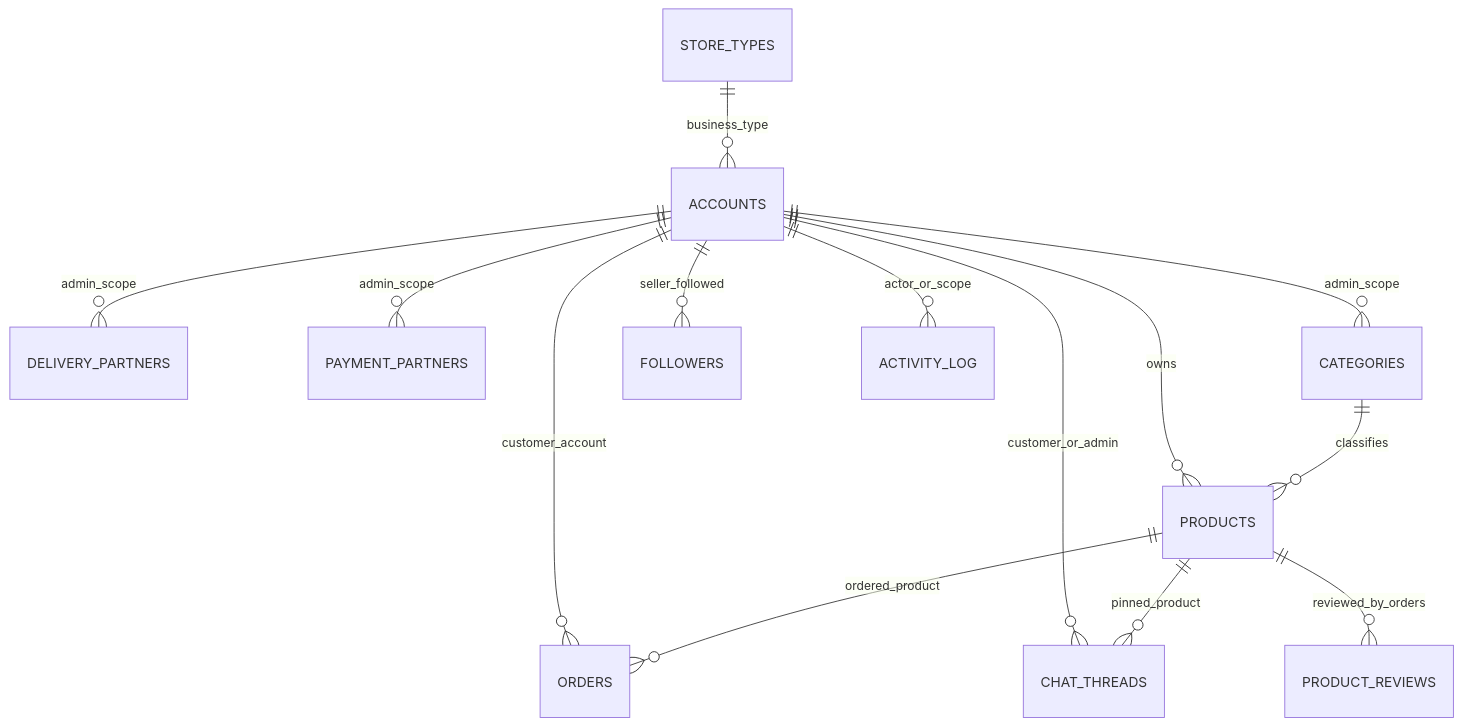
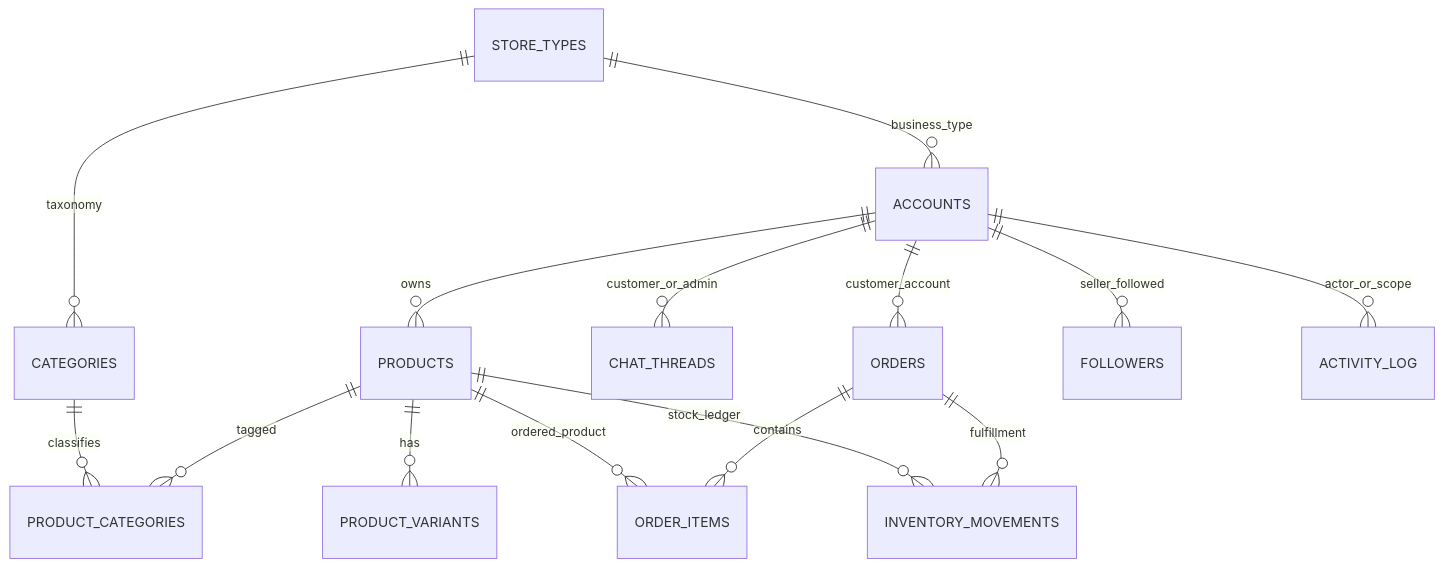
The diagram in DATABASE_DOCUMENTATION.md (glutamedsupplies/Switch-v1.0), drawn with Mermaid before and after one commit. The commit also changed other lines of this file and 18 other files, not shown here.

First line of the commit message:
Make products and orders durable in PostgreSQL.

````diff
--- a/DATABASE_DOCUMENTATION.md
+++ b/DATABASE_DOCUMENTATION.md
@@ -24,16 +42,17 @@
 ```mermaid
 erDiagram
   ACCOUNTS ||--o{ PRODUCTS : owns
   ACCOUNTS ||--o{ ORDERS : customer_account
   ACCOUNTS ||--o{ CHAT_THREADS : customer_or_admin
-  ACCOUNTS ||--o{ DELIVERY_PARTNERS : admin_scope
-  ACCOUNTS ||--o{ PAYMENT_PARTNERS : admin_scope
-  ACCOUNTS ||--o{ CATEGORIES : admin_scope
-  PRODUCTS ||--o{ ORDERS : ordered_product
-  PRODUCTS ||--o{ CHAT_THREADS : pinned_product
-  PRODUCTS ||--o{ PRODUCT_REVIEWS : reviewed_by_orders
+  STORE_TYPES ||--o{ CATEGORIES : taxonomy
+  CATEGORIES ||--o{ PRODUCT_CATEGORIES : classifies
+  PRODUCTS ||--o{ PRODUCT_VARIANTS : has
+  PRODUCTS ||--o{ PRODUCT_CATEGORIES : tagged
+  PRODUCTS ||--o{ ORDER_ITEMS : ordered_product
+  PRODUCTS ||--o{ INVENTORY_MOVEMENTS : stock_ledger
+  ORDERS ||--o{ ORDER_ITEMS : contains
+  ORDERS ||--o{ INVENTORY_MOVEMENTS : fulfillment
   STORE_TYPES ||--o{ ACCOUNTS : business_type
-  CATEGORIES ||--o{ PRODUCTS : classifies
   ACCOUNTS ||--o{ FOLLOWERS : seller_followed
   ACCOUNTS ||--o{ ACTIVITY_LOG : actor_or_scope
 ```
````
